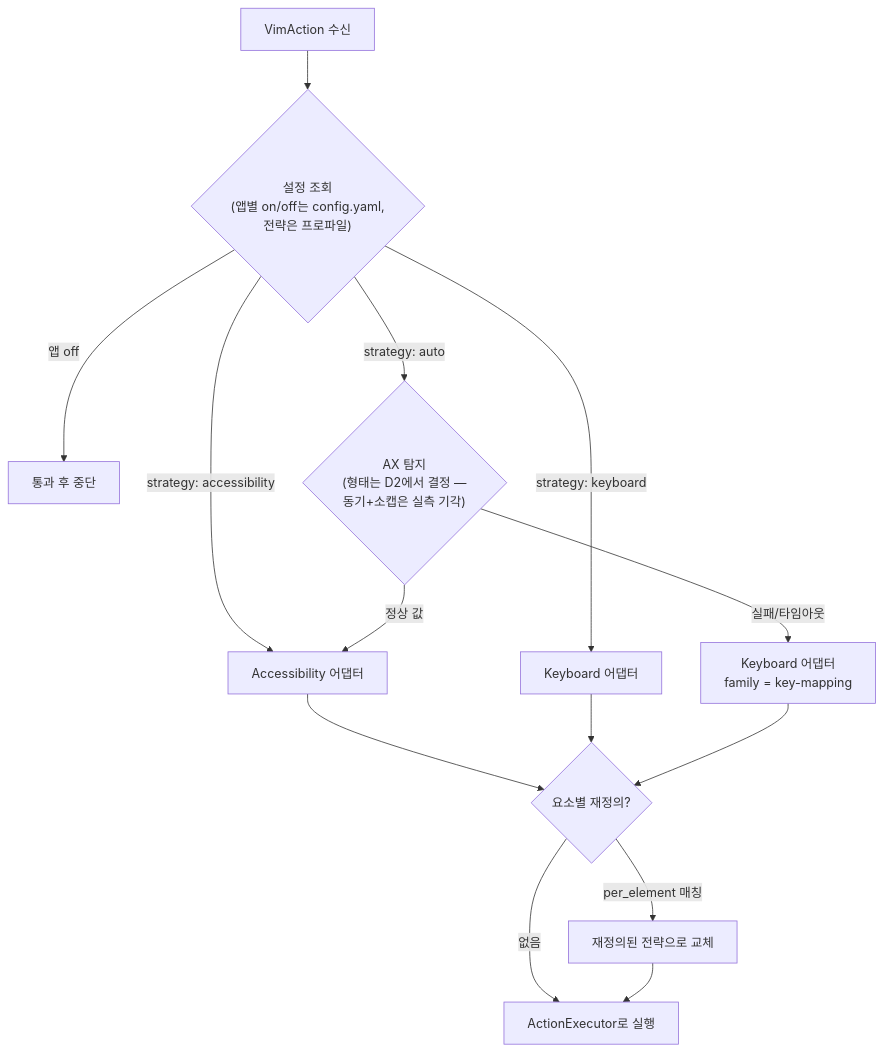
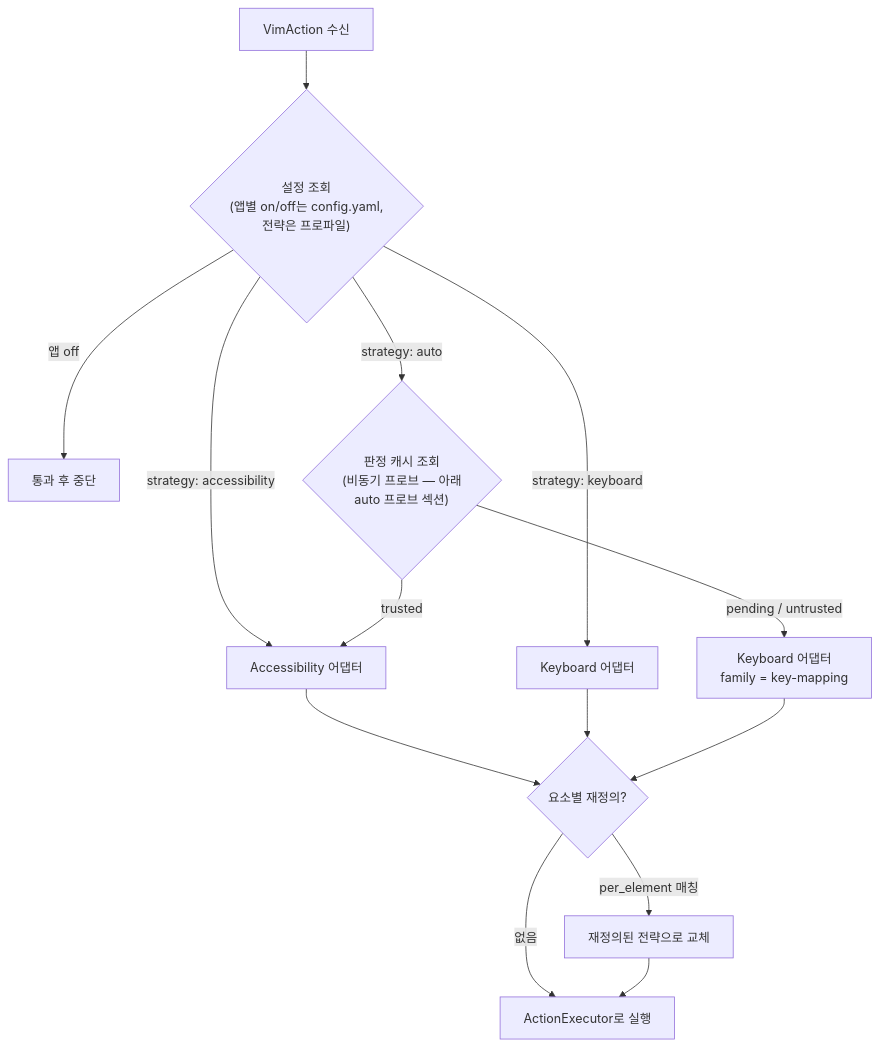
The diagram in .claude/skills/architecture/references/strategy-dispatch.md (pilyang/vim-action), drawn with Mermaid before and after one commit. The commit also changed other lines of this file and 50 other files, not shown here.

First line of the commit message:
feat(m5): pr-d2 auto strategy probe, ax lie detection, force-text (#56)

````diff
--- a/.claude/skills/architecture/references/strategy-dispatch.md
+++ b/.claude/skills/architecture/references/strategy-dispatch.md
@@ -15,16 +15,16 @@
 ```mermaid
 flowchart TD
     VA[VimAction 수신] --> P{"설정 조회<br/>(앱별 on/off는 config.yaml,<br/>전략은 프로파일)"}
     P -->|"앱 off"| Pass[통과 후 중단]
     P -->|"strategy: accessibility"| AX[Accessibility 어댑터]
     P -->|"strategy: keyboard"| KB[Keyboard 어댑터]
-    P -->|"strategy: auto"| Probe{"AX 탐지<br/>(형태는 D2에서 결정 —<br/>동기+소캡은 실측 기각)"}
-    Probe -->|정상 값| AX
-    Probe -->|실패/타임아웃| KM["Keyboard 어댑터<br/>family = key-mapping"]
+    P -->|"strategy: auto"| Probe{"판정 캐시 조회<br/>(비동기 프로브 — 아래<br/>auto 프로브 섹션)"}
+    Probe -->|trusted| AX
+    Probe -->|"pending / untrusted"| KM["Keyboard 어댑터<br/>family = key-mapping"]
     AX --> Override{요소별 재정의?}
     KB --> Override
     KM --> Override
     Override -->|"per_element 매칭"| Re[재정의된 전략으로 교체]
     Override -->|없음| Exec[ActionExecutor로 실행]
     Re --> Exec
 ```
````
